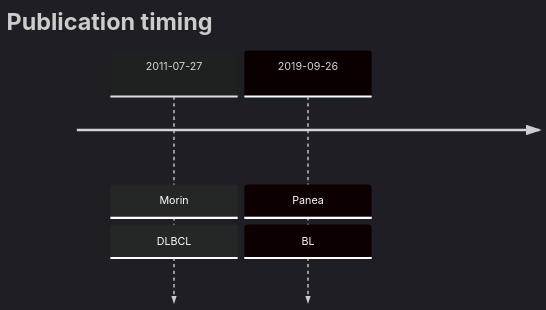
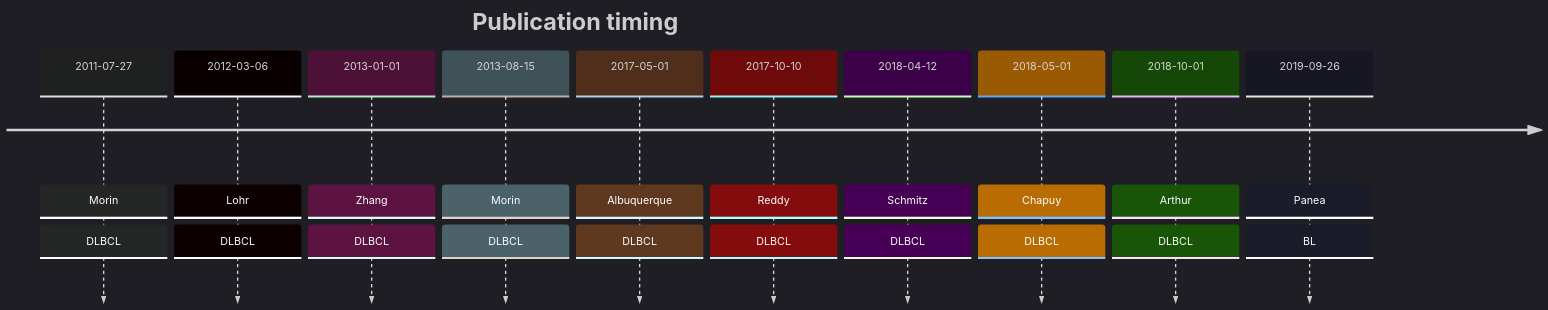
Before and after one commit to morinlab/lymphopedia: the diagram in CD79B.md, drawn with Mermaid.

````diff
--- a/CD79B.md
+++ b/CD79B.md
@@ -19,7 +19,15 @@
 ```mermaid
 %%{init: { 'logLevel': 'debug', 'theme': 'dark' } }%%
 timeline
     title Publication timing
-      2011-07-27 : Morin : DLBCL
+2011-07-27 : Morin : DLBCL
+2012-03-06 : Lohr : DLBCL
+2013-01-01 : Zhang : DLBCL
+2013-08-15 : Morin : DLBCL
+2017-05-01 : Albuquerque : DLBCL
+2017-10-10 : Reddy : DLBCL
+2018-04-12 : Schmitz : DLBCL
+2018-05-01 : Chapuy : DLBCL
+2018-10-01 : Arthur : DLBCL
       2019-09-26 : Panea : BL
 ```
````
